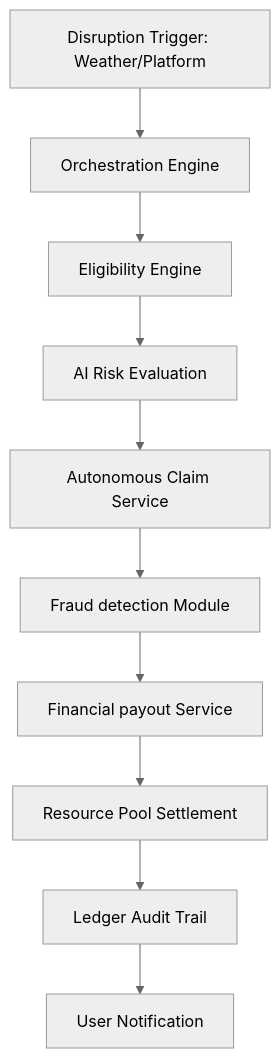
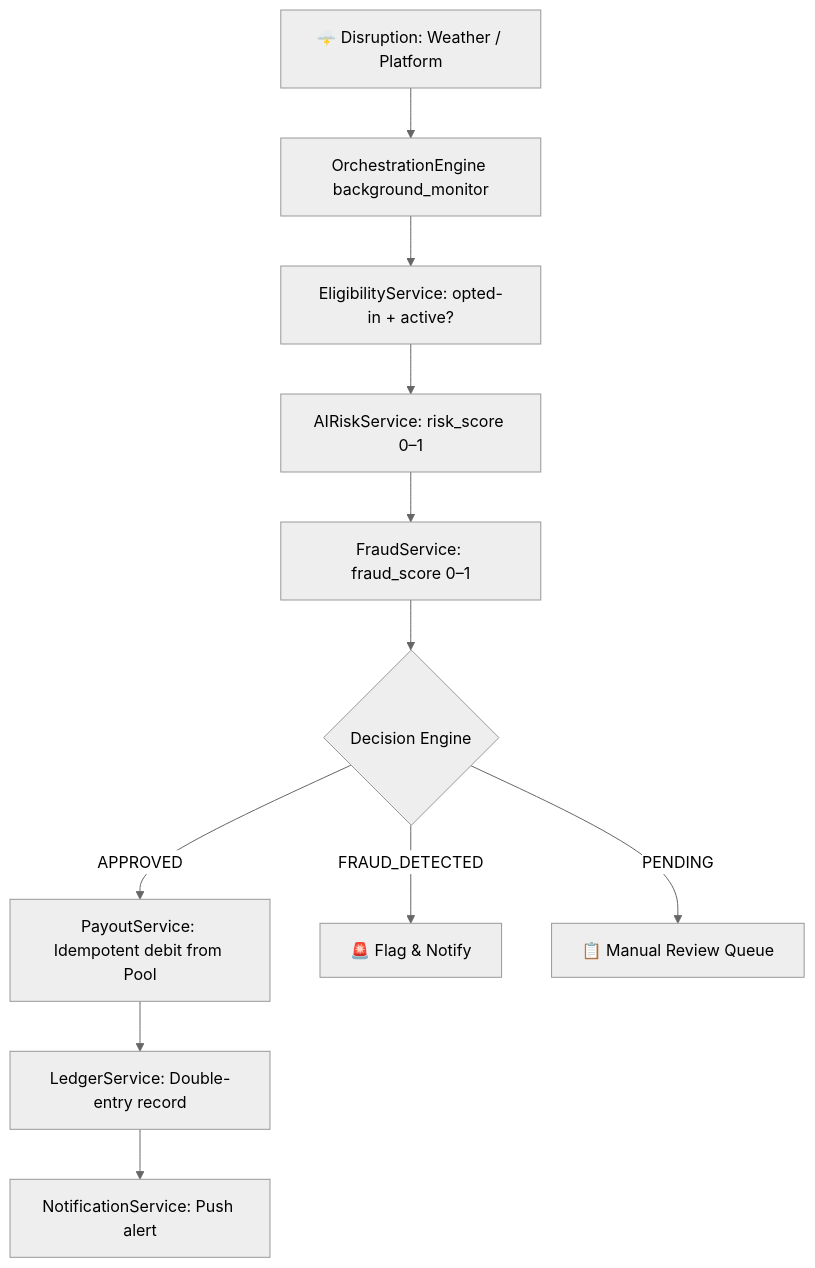
The diagram in README.md (Mithun017/Carbon---Autonomous-AI-Backend-for-Worker-Pooled-Insurance), drawn with Mermaid (neutral theme) before and after one commit. The commit also changed other lines of this file, not shown here.

````diff
--- a/README.md
+++ b/README.md
@@ -18,12 +55,13 @@
 ```mermaid
 graph TD
-    A[Disruption Trigger: Weather/Platform] --> B[Orchestration Engine]
-    B --> C[Eligibility Engine]
-    C --> D[AI Risk Evaluation]
-    D --> E[Autonomous Claim Service]
-    E --> F[Fraud detection Module]
-    F --> G[Financial payout Service]
-    G --> H[Resource Pool Settlement]
-    H --> I[Ledger Audit Trail]
-    I --> J[User Notification]
+    A[🌩️ Disruption: Weather / Platform] --> B[OrchestrationEngine background_monitor]
+    B --> C[EligibilityService: opted-in + active?]
+    C --> D[AIRiskService: risk_score 0–1]
+    D --> E[FraudService: fraud_score 0–1]
+    E --> F{Decision Engine}
+    F -->|APPROVED| G[PayoutService: Idempotent debit from Pool]
+    F -->|FRAUD_DETECTED| H[🚨 Flag & Notify]
+    F -->|PENDING| I[📋 Manual Review Queue]
+    G --> J[LedgerService: Double-entry record]
+    J --> K[NotificationService: Push alert]
 ```
````
